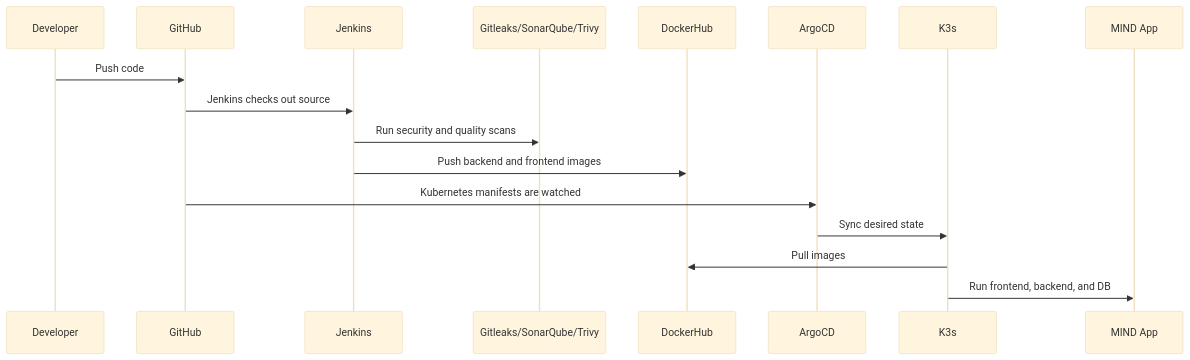
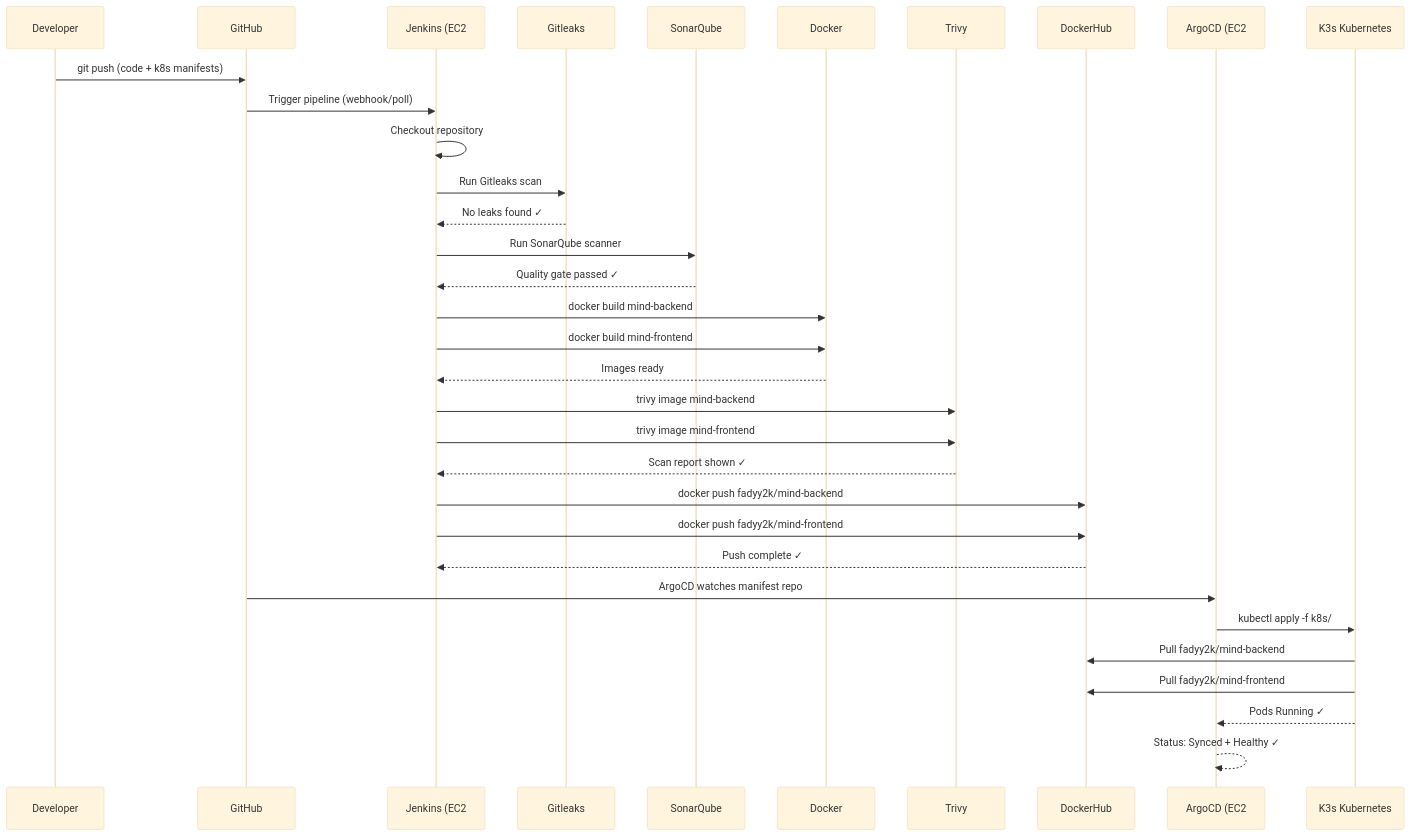
Before and after one commit to abdelrahman-saad/End-to-End-Cloud-Delivery-Platform: the second of 2 diagrams in docs/architecture.md, drawn with Mermaid (base theme). The commit also changed other lines of this file and 13 other files, not shown here.

````diff
--- a/docs/architecture.md
+++ b/docs/architecture.md
@@ -94,20 +54,36 @@
 ```mermaid
 sequenceDiagram
-    participant Dev as Developer
+    participant DEV as Developer
     participant GH as GitHub
-    participant JK as Jenkins
-    participant SEC as Gitleaks/SonarQube/Trivy
+    participant JK as Jenkins (EC2 #1)
+    participant GL as Gitleaks
+    participant SQ as SonarQube
+    participant DC as Docker
+    participant TR as Trivy
     participant DH as DockerHub
-    participant AR as ArgoCD
-    participant K3S as K3s
-    participant APP as MIND App
+    participant AR as ArgoCD (EC2 #2)
+    participant K3 as K3s Kubernetes
 
-    Dev->>GH: Push code
-    GH->>JK: Jenkins checks out source
-    JK->>SEC: Run security and quality scans
-    JK->>DH: Push backend and frontend images
-    GH->>AR: Kubernetes manifests are watched
-    AR->>K3S: Sync desired state
-    K3S->>DH: Pull images
-    K3S->>APP: Run frontend, backend, and DB
+    DEV->>GH: git push (code + k8s manifests)
+    GH->>JK: Trigger pipeline (webhook/poll)
+    JK->>JK: Checkout repository
+    JK->>GL: Run Gitleaks scan
+    GL-->>JK: No leaks found ✓
+    JK->>SQ: Run SonarQube scanner
+    SQ-->>JK: Quality gate passed ✓
+    JK->>DC: docker build mind-backend
+    JK->>DC: docker build mind-frontend
+    DC-->>JK: Images ready
+    JK->>TR: trivy image mind-backend
+    JK->>TR: trivy image mind-frontend
+    TR-->>JK: Scan report shown ✓
+    JK->>DH: docker push fadyy2k/mind-backend
+    JK->>DH: docker push fadyy2k/mind-frontend
+    DH-->>JK: Push complete ✓
+    GH->>AR: ArgoCD watches manifest repo
+    AR->>K3: kubectl apply -f k8s/
+    K3->>DH: Pull fadyy2k/mind-backend
+    K3->>DH: Pull fadyy2k/mind-frontend
+    K3-->>AR: Pods Running ✓
+    AR-->>AR: Status: Synced + Healthy ✓
 ```
````
